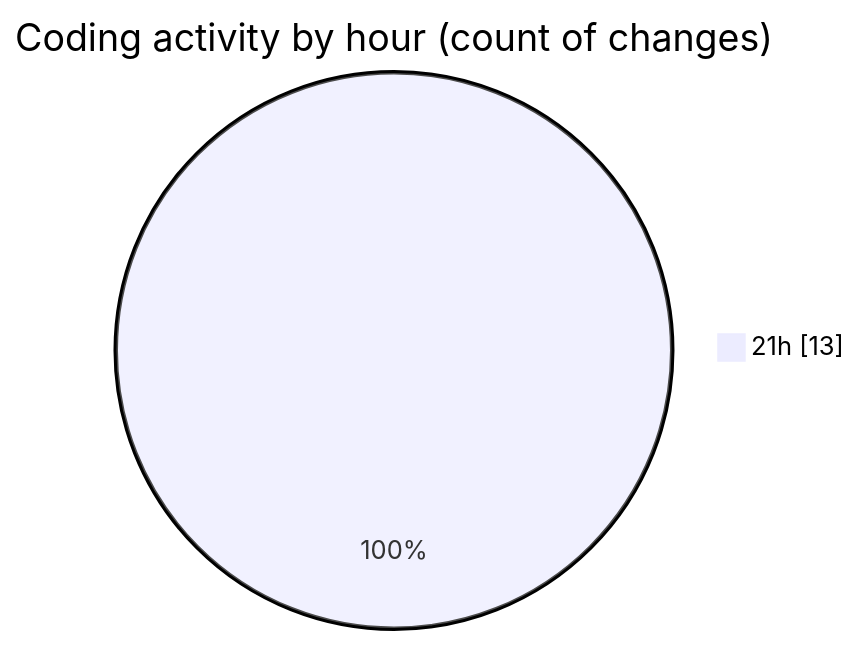
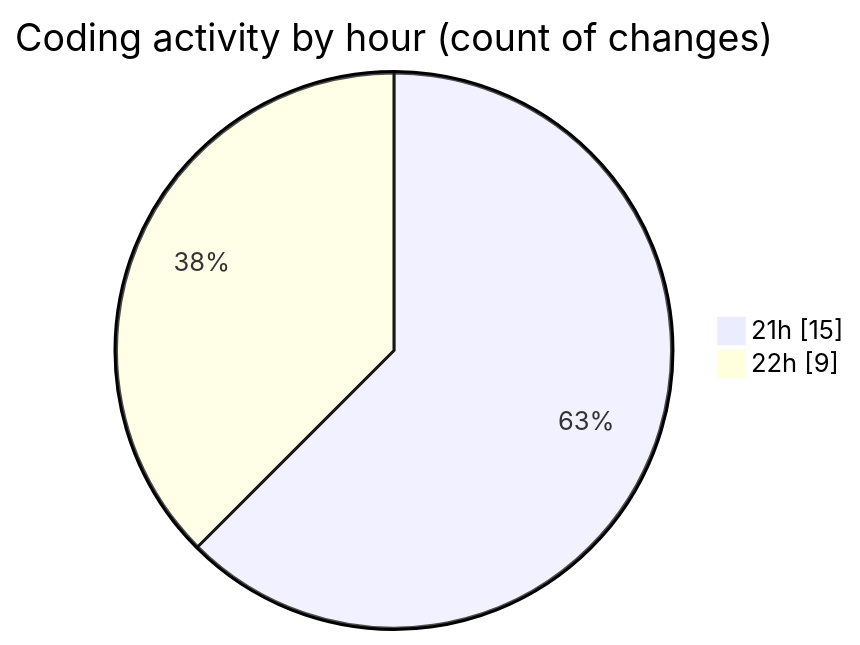
One commit to Ritupan-Deka/code-tracking changed the second of 2 diagrams in 2025-08-15/javascript/README.md. Above: the diagram before and after it, drawn with Mermaid. The commit also changed other lines of this file and 1 other file, not shown here.

````diff
--- a/2025-08-15/javascript/README.md
+++ b/2025-08-15/javascript/README.md
@@ -31,5 +31,6 @@
 ```mermaid
 pie showData
 title Coding activity by hour (count of changes)
-"21h" : 13
+"21h" : 15
+"22h" : 9
 ```
````
